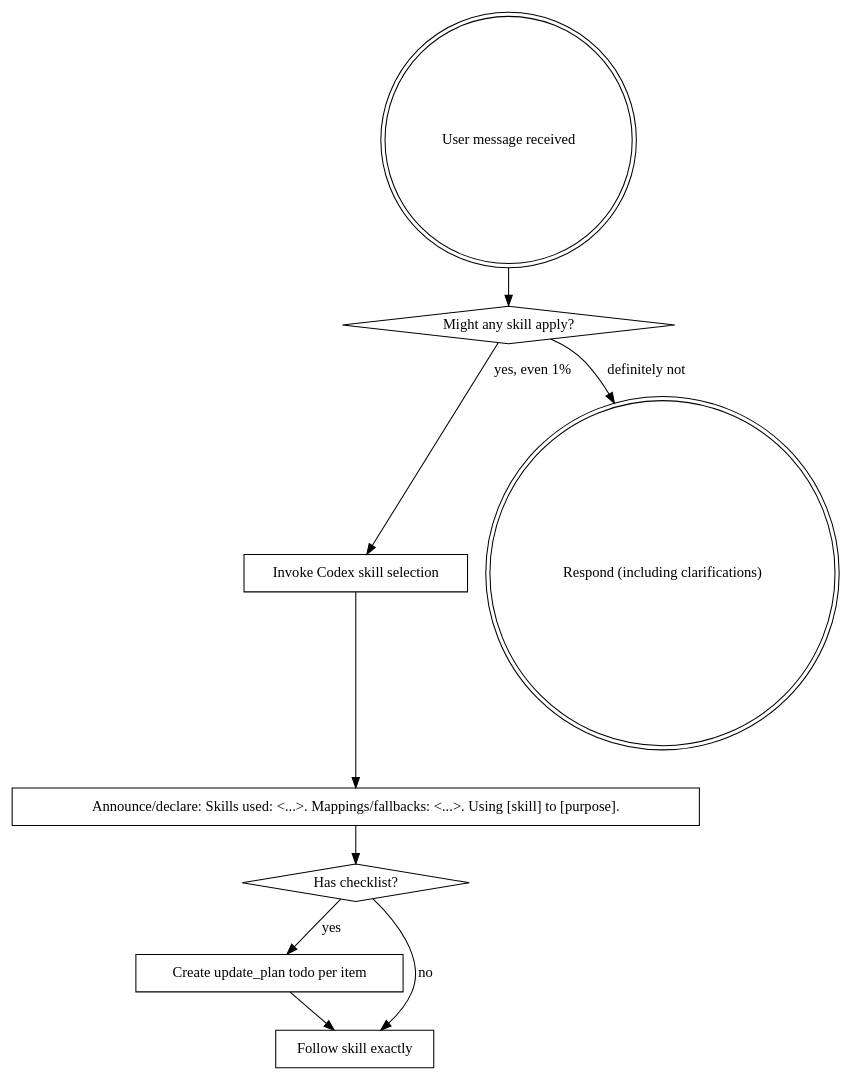
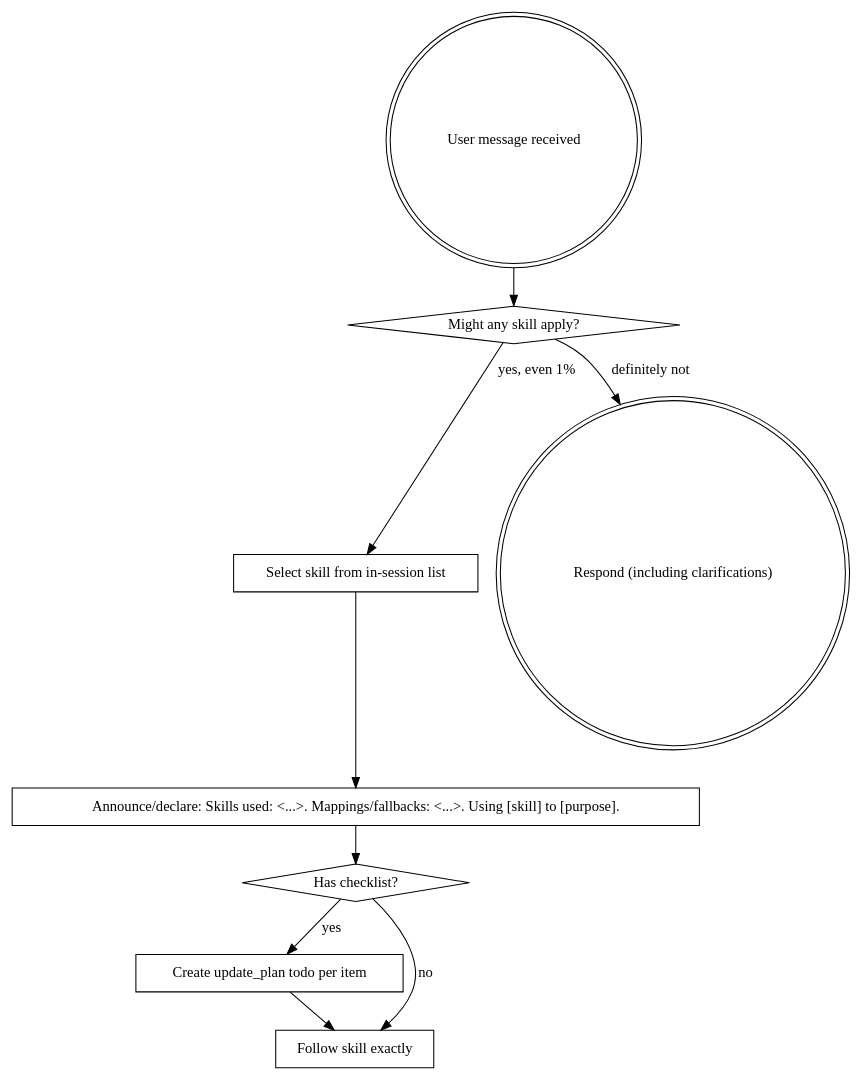
One commit to fwenger/superpowers changed the diagram in migration/.codex/skills/using-superpowers/SKILL.md. Above: the diagram before and after it, drawn with Graphviz. The commit also changed other lines of this file, not shown here.

Commit message:
docs: align skill access wording with implicit selection

````diff
--- a/migration/.codex/skills/using-superpowers/SKILL.md
+++ b/migration/.codex/skills/using-superpowers/SKILL.md
@@ -37,21 +32,21 @@
 ```dot
 digraph skill_flow {
     "User message received" [shape=doublecircle];
     "Might any skill apply?" [shape=diamond];
-    "Invoke Codex skill selection" [shape=box];
+    "Select skill from in-session list" [shape=box];
     "Announce/declare: Skills used: <...>. Mappings/fallbacks: <...>. Using [skill] to [purpose]." [shape=box];
     "Has checklist?" [shape=diamond];
     "Create update_plan todo per item" [shape=box];
     "Follow skill exactly" [shape=box];
     "Respond (including clarifications)" [shape=doublecircle];
 
     "User message received" -> "Might any skill apply?";
-    "Might any skill apply?" -> "Invoke Codex skill selection" [label="yes, even 1%"];
+    "Might any skill apply?" -> "Select skill from in-session list" [label="yes, even 1%"];
     "Might any skill apply?" -> "Respond (including clarifications)" [label="definitely not"];
-    "Invoke Codex skill selection" -> "Announce/declare: Skills used: <...>. Mappings/fallbacks: <...>. Using [skill] to [purpose].";
+    "Select skill from in-session list" -> "Announce/declare: Skills used: <...>. Mappings/fallbacks: <...>. Using [skill] to [purpose].";
     "Announce/declare: Skills used: <...>. Mappings/fallbacks: <...>. Using [skill] to [purpose]." -> "Has checklist?";
     "Has checklist?" -> "Create update_plan todo per item" [label="yes"];
     "Has checklist?" -> "Follow skill exactly" [label="no"];
     "Create update_plan todo per item" -> "Follow skill exactly";
 }
 ```
````
